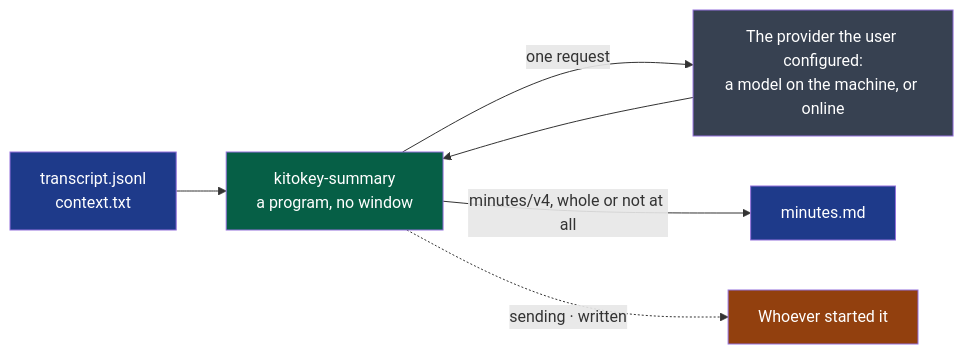
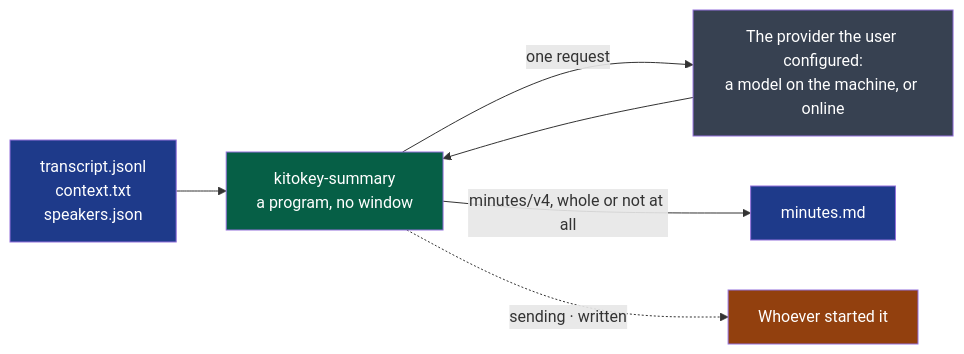
One commit to NapkinStack/kitokey changed the diagram in modules/summary/README.md. Above: the diagram before and after it, drawn with Mermaid. The commit also changed other lines of this file and 5 other files, not shown here.

First line of the commit message:
summary: each line of the request says its side's name, « me (Sarah) », from the meeting's speakers.json (#1205)

````diff
--- a/modules/summary/README.md
+++ b/modules/summary/README.md
@@ -9,13 +9,13 @@
 ```mermaid
 flowchart LR
-    T["transcript.jsonl<br/>context.txt"]:::file --> P["kitokey-summary<br/>a program, no window"]:::mod
+    T["transcript.jsonl<br/>context.txt<br/>speakers.json"]:::file --> P["kitokey-summary<br/>a program, no window"]:::mod
     P -->|"one request"| V["The provider the user configured:<br/>a model on the machine, or online"]:::ext
     V --> P
     P -->|"minutes/v4, whole or not at all"| M["minutes.md"]:::file
     P -.->|"sending · written"| W["Whoever started it"]:::user
 
     classDef file fill:#1e3a8a,color:#fff
     classDef mod fill:#065f46,color:#fff
     classDef ext fill:#374151,color:#fff
     classDef user fill:#92400e,color:#fff
 ```
````
